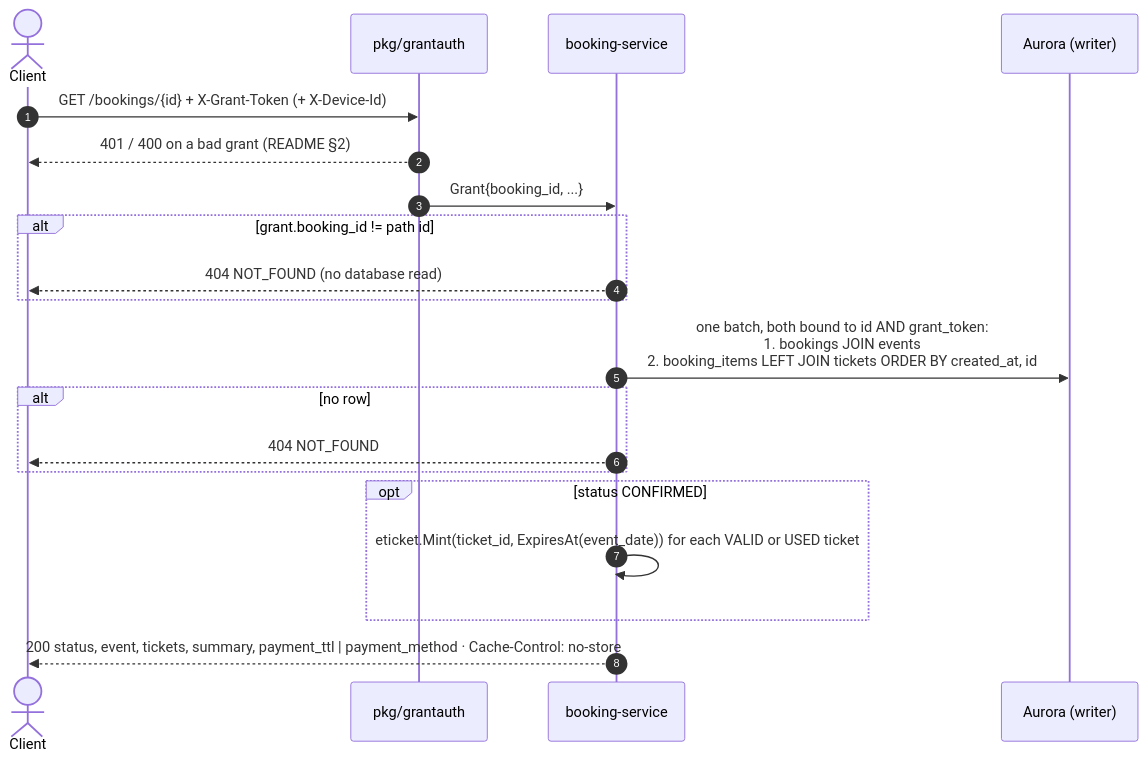
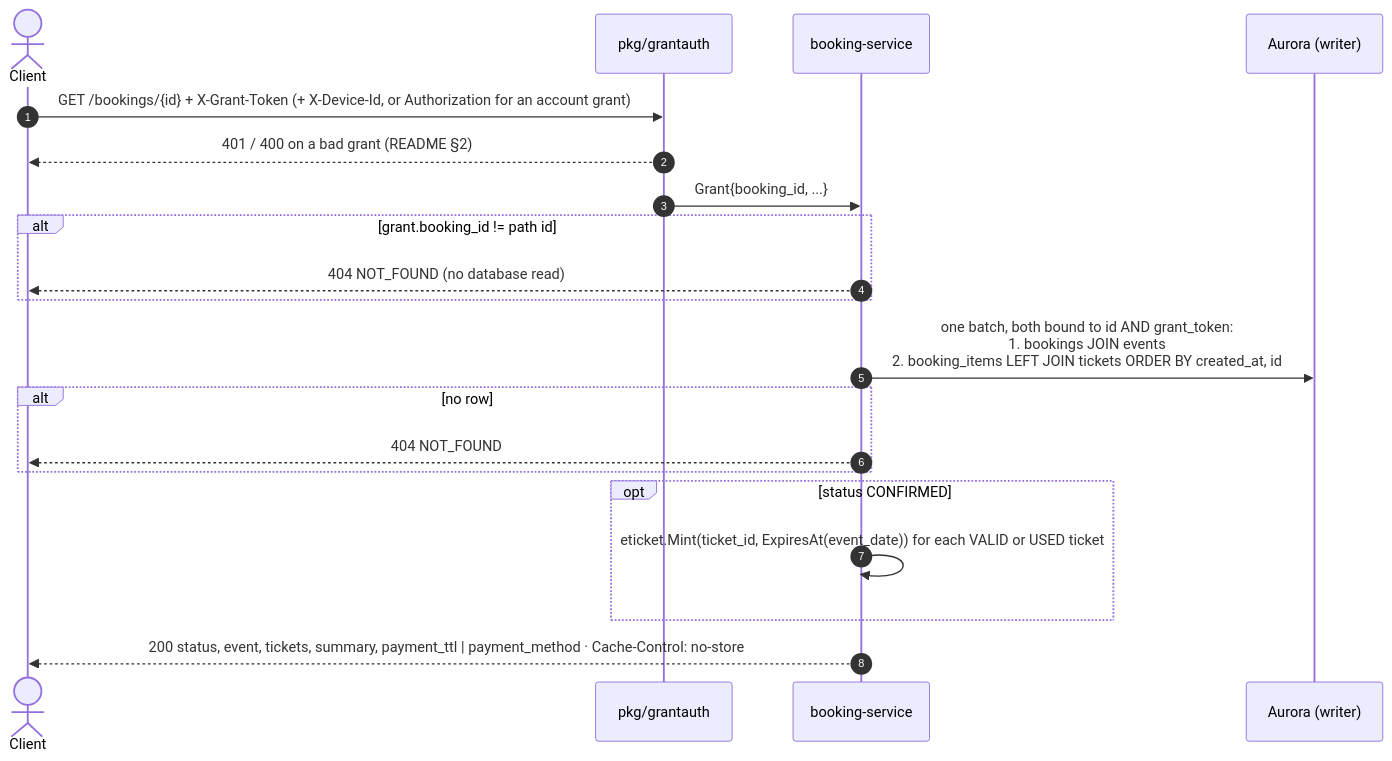
One commit to PTServerJanganTumbang-BookingTicket/be-rusuh-war-ticketing changed the diagram in docs/05-booking/03-get-booking-detail.md. Above: the diagram before and after it, drawn with Mermaid. The commit also changed other lines of this file and 6 other files, not shown here.

Commit message:
docs(booking): plans for grant authorization, ticket page account, POST /bookings

````diff
--- a/docs/05-booking/03-get-booking-detail.md
+++ b/docs/05-booking/03-get-booking-detail.md
@@ -24,23 +24,23 @@
 ```mermaid
 sequenceDiagram
     autonumber
     actor C as Client
     participant G as pkg/grantauth
     participant B as booking-service
     participant DB as Aurora (writer)
 
-    C->>G: GET /bookings/{id} + X-Grant-Token (+ X-Device-Id)
+    C->>G: GET /bookings/{id} + X-Grant-Token (+ X-Device-Id, or Authorization for an account grant)
     G-->>C: 401 / 400 on a bad grant (README §2)
     G->>B: Grant{booking_id, ...}
     alt grant.booking_id != path id
         B-->>C: 404 NOT_FOUND (no database read)
     end
     B->>DB: one batch, both bound to id AND grant_token:<br/>1. bookings JOIN events<br/>2. booking_items LEFT JOIN tickets ORDER BY created_at, id
     alt no row
         B-->>C: 404 NOT_FOUND
     end
     opt status CONFIRMED
         B->>B: eticket.Mint(ticket_id, ExpiresAt(event_date)) for each VALID or USED ticket
     end
     B-->>C: 200 status, event, tickets, summary, payment_ttl | payment_method · Cache-Control: no-store
 ```
````
